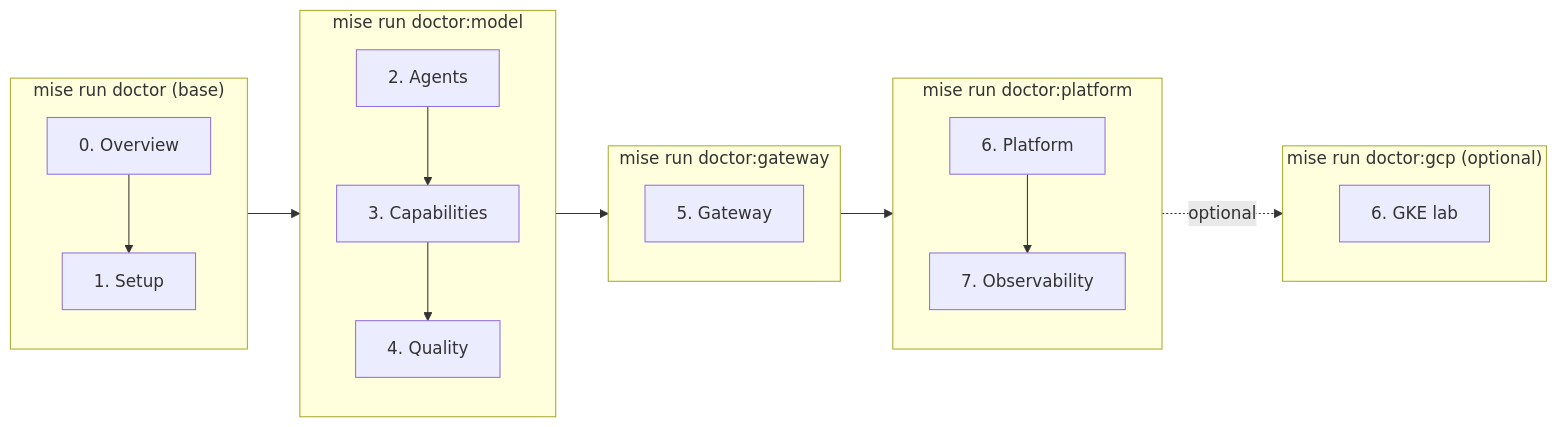
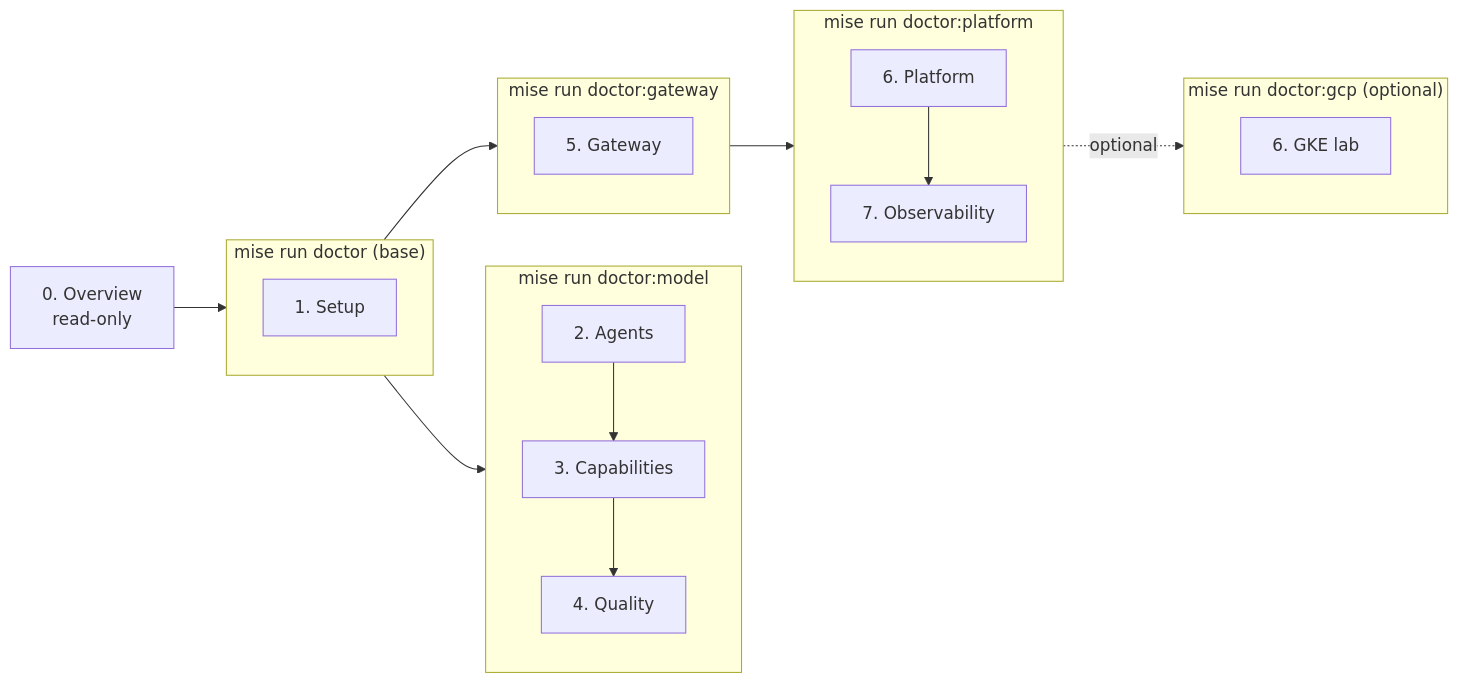
Before and after one commit to LuiGGi629/agentops-open-course: the diagram in docs/0. Overview/0.0. Course.md, drawn with Mermaid. The commit also changed other lines of this file and 121 other files, not shown here.

````diff
--- a/docs/0. Overview/0.0. Course.md
+++ b/docs/0. Overview/0.0. Course.md
@@ -73,20 +64,23 @@
 ```mermaid
 flowchart LR
+    C0["0. Overview<br/>read-only"]
     subgraph Offline["mise run doctor (base)"]
-        C0["0. Overview"] --> C1["1. Setup"]
+        C1["1. Setup"]
     end
     subgraph Model["mise run doctor:model"]
         C2["2. Agents"] --> C3["3. Capabilities"] --> C4["4. Quality"]
     end
     subgraph Gateway["mise run doctor:gateway"]
         C5["5. Gateway"]
     end
     subgraph Platform["mise run doctor:platform"]
         C6["6. Platform"] --> C7["7. Observability"]
     end
     subgraph Cloud["mise run doctor:gcp (optional)"]
         C6gke["6. GKE lab"]
     end
-    Offline --> Model --> Gateway --> Platform
+    C0 --> Offline
+    Offline --> Model
+    Offline --> Gateway --> Platform
     Platform -.optional.-> Cloud
 ```
````
